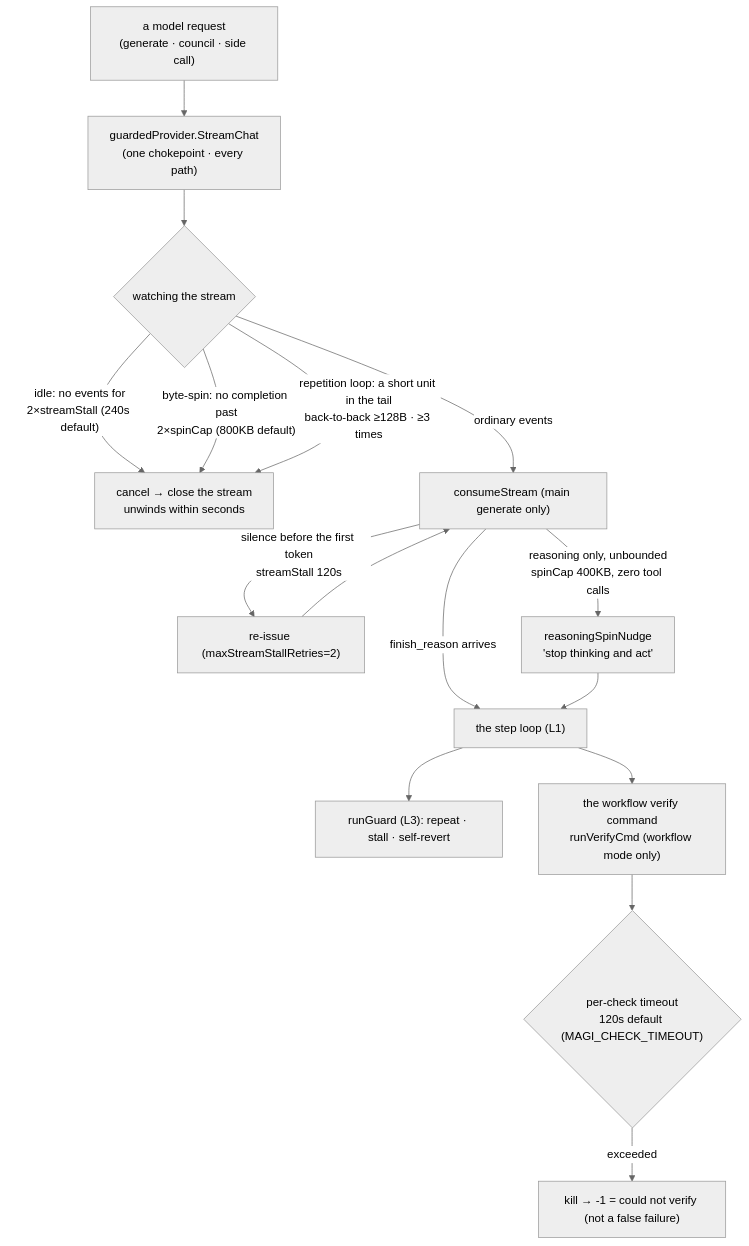
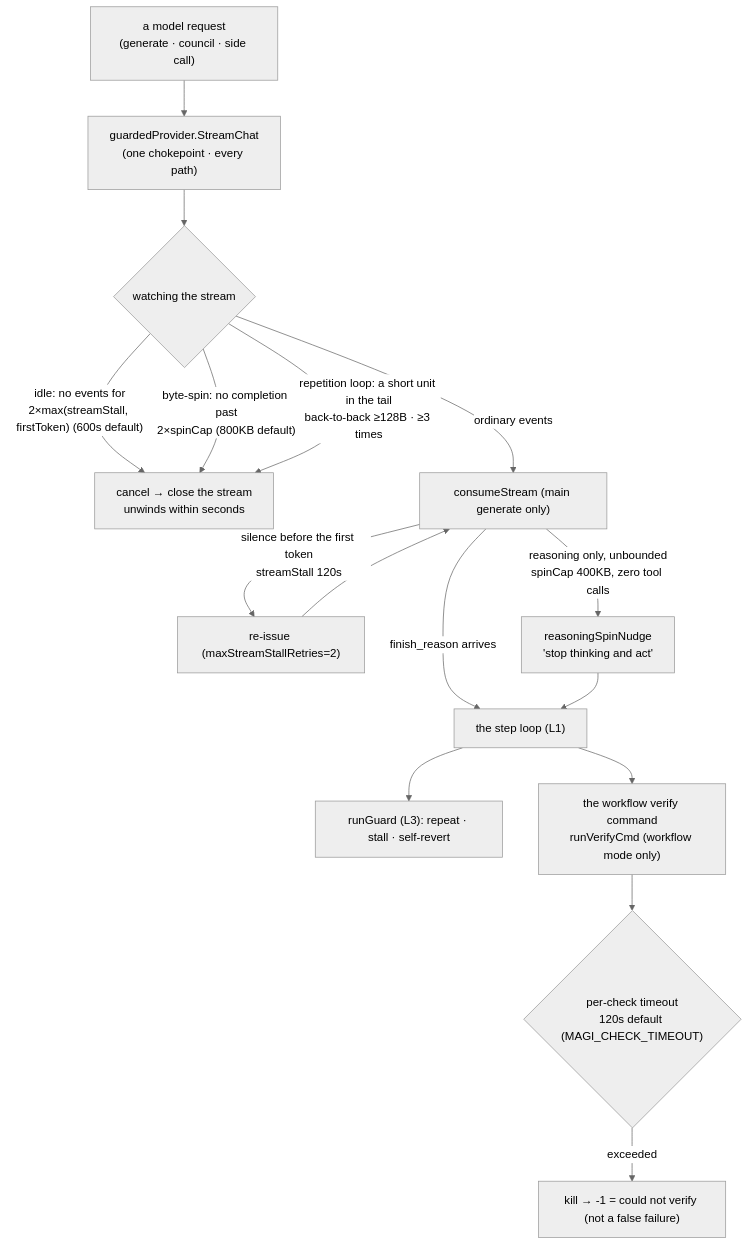
One commit to sayaya1090/magi changed the fifth of 18 diagrams in docs/DIAGRAMS.md. Above: the diagram before and after it, drawn with Mermaid. The commit also changed other lines of this file and 15 other files, not shown here.

````diff
--- a/docs/DIAGRAMS.md
+++ b/docs/DIAGRAMS.md
@@ -218,19 +218,19 @@
 ```mermaid
 %%{init: {'theme':'neutral','flowchart':{'curve':'basis'}}}%%
 flowchart TD
   REQ["a model request<br/>(generate · council · side call)"] --> GP["guardedProvider.StreamChat<br/>(one chokepoint · every path)"]
   GP --> W{"watching the stream"}
-  W -- "idle: no events for<br/>2×streamStall (240s default)" --> AB["cancel → close the stream<br/>unwinds within seconds"]
+  W -- "idle: no events for<br/>2×max(streamStall, firstToken) (600s default)" --> AB["cancel → close the stream<br/>unwinds within seconds"]
   W -- "byte-spin: no completion past<br/>2×spinCap (800KB default)" --> AB
   W -- "repetition loop: a short unit in the tail<br/>back-to-back ≥128B · ≥3 times" --> AB
   W -- "ordinary events" --> CS["consumeStream (main generate only)"]
   CS -- "silence before the first token<br/>streamStall 120s" --> RT["re-issue (maxStreamStallRetries=2)"]
   CS -- "reasoning only, unbounded<br/>spinCap 400KB, zero tool calls" --> SN["reasoningSpinNudge<br/>'stop thinking and act'"]
   CS -- "finish_reason arrives" --> STEP["the step loop (L1)"]
   RT --> CS
   SN --> STEP
   STEP --> TG["runGuard (L3): repeat · stall · self-revert"]
   STEP --> CK["the workflow verify command<br/>runVerifyCmd (workflow mode only)"]
   CK --> CTO{"per-check timeout<br/>120s default (MAGI_CHECK_TIMEOUT)"}
   CTO -- "exceeded" --> KILL["kill → -1 = could not verify (not a false failure)"]
 ```
````
